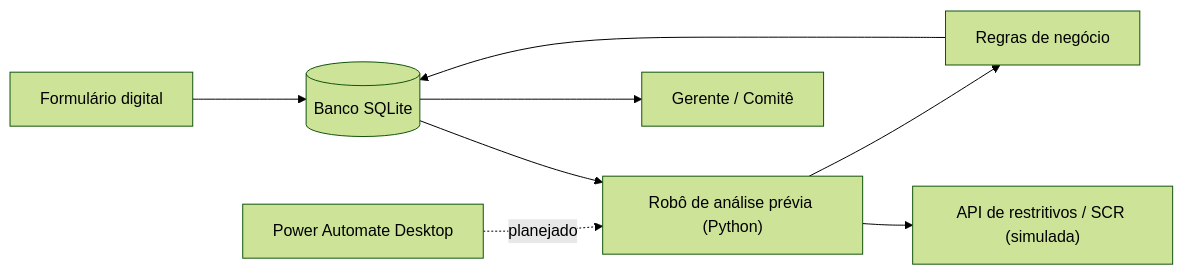
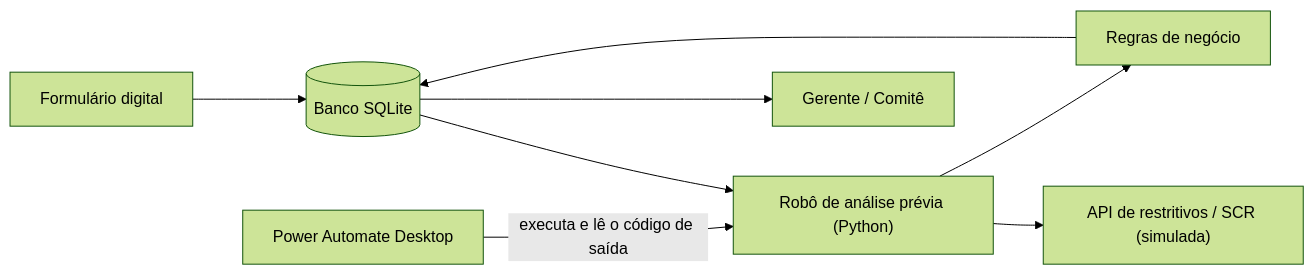
The first of 2 diagrams in README.md (BernardoGFerrao/analise-credito-automacao), drawn with Mermaid (forest theme) before and after one commit. The commit also changed other lines of this file, not shown here.

````diff
--- a/README.md
+++ b/README.md
@@ -73,10 +73,10 @@
 ```mermaid
 flowchart LR
     F["Formulário digital"] --> DB[("Banco SQLite")]
     DB --> R["Robô de análise prévia (Python)"]
     R --> API["API de restritivos / SCR (simulada)"]
     R --> REG["Regras de negócio"]
     REG --> DB
-    PAD["Power Automate Desktop"] -. planejado .-> R
+    PAD["Power Automate Desktop"] -- "executa e lê o código de saída" --> R
     DB --> G["Gerente / Comitê"]
 ```
````
